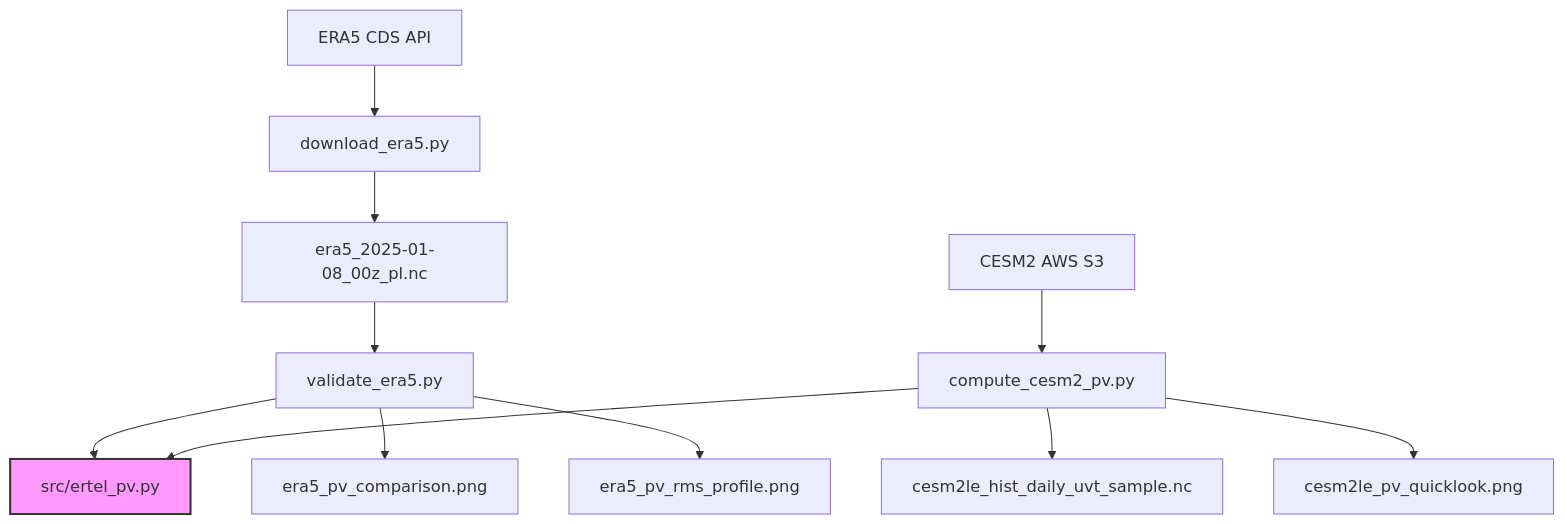
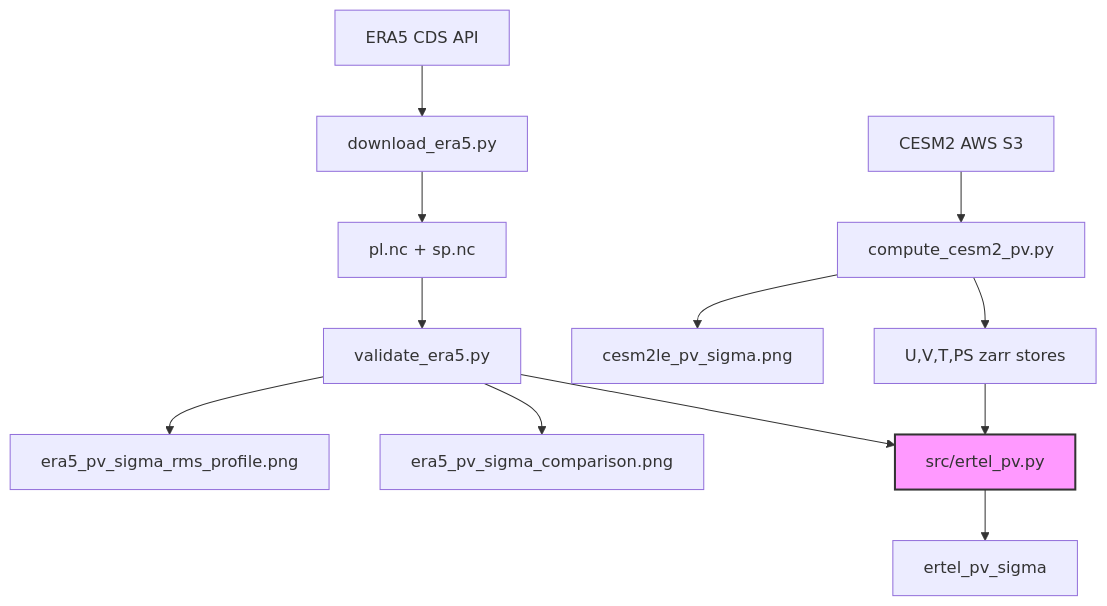
Before and after one commit to yanxingjianken/PV_Ertel_Computation: the diagram in README.md, drawn with Mermaid. The commit also changed other lines of this file and 3 other files, not shown here.

````diff
--- a/README.md
+++ b/README.md
@@ -56,16 +59,17 @@
 ```mermaid
 graph TD
     A[ERA5 CDS API] --> B[download_era5.py]
-    B --> C[era5_2025-01-08_00z_pl.nc]
+    B --> C[pl.nc + sp.nc]
     C --> D[validate_era5.py]
     D --> E[src/ertel_pv.py]
-    D --> F[era5_pv_comparison.png]
-    D --> G[era5_pv_rms_profile.png]
+    E --> F[ertel_pv_sigma]
+    D --> G[era5_pv_sigma_comparison.png]
+    D --> H[era5_pv_sigma_rms_profile.png]
 
-    H[CESM2 AWS S3] --> I[compute_cesm2_pv.py]
-    I --> E
-    I --> J[cesm2le_hist_daily_uvt_sample.nc]
-    I --> K[cesm2le_pv_quicklook.png]
+    I[CESM2 AWS S3] --> J[compute_cesm2_pv.py]
+    J --> K[U,V,T,PS zarr stores]
+    K --> E
+    J --> L[cesm2le_pv_sigma.png]
 
     style E fill:#f9f,stroke:#333,stroke-width:2px
 ```
````
